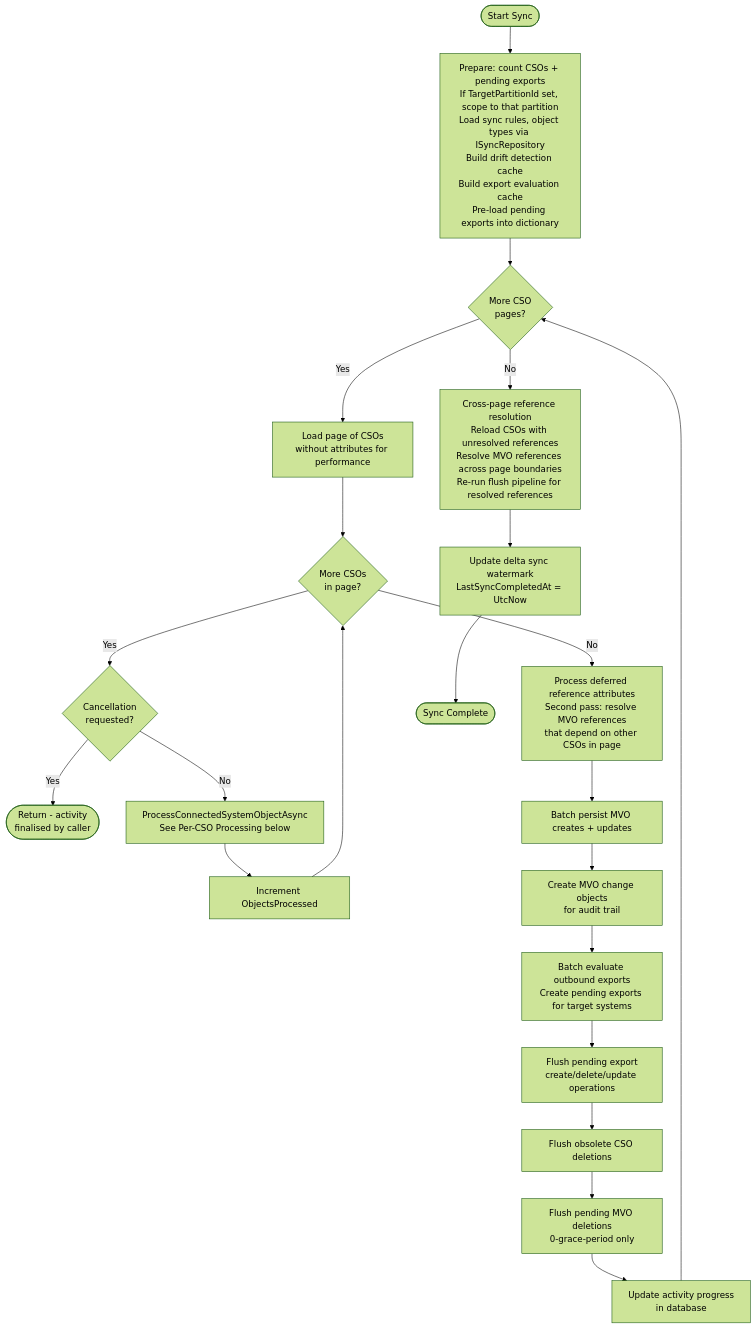
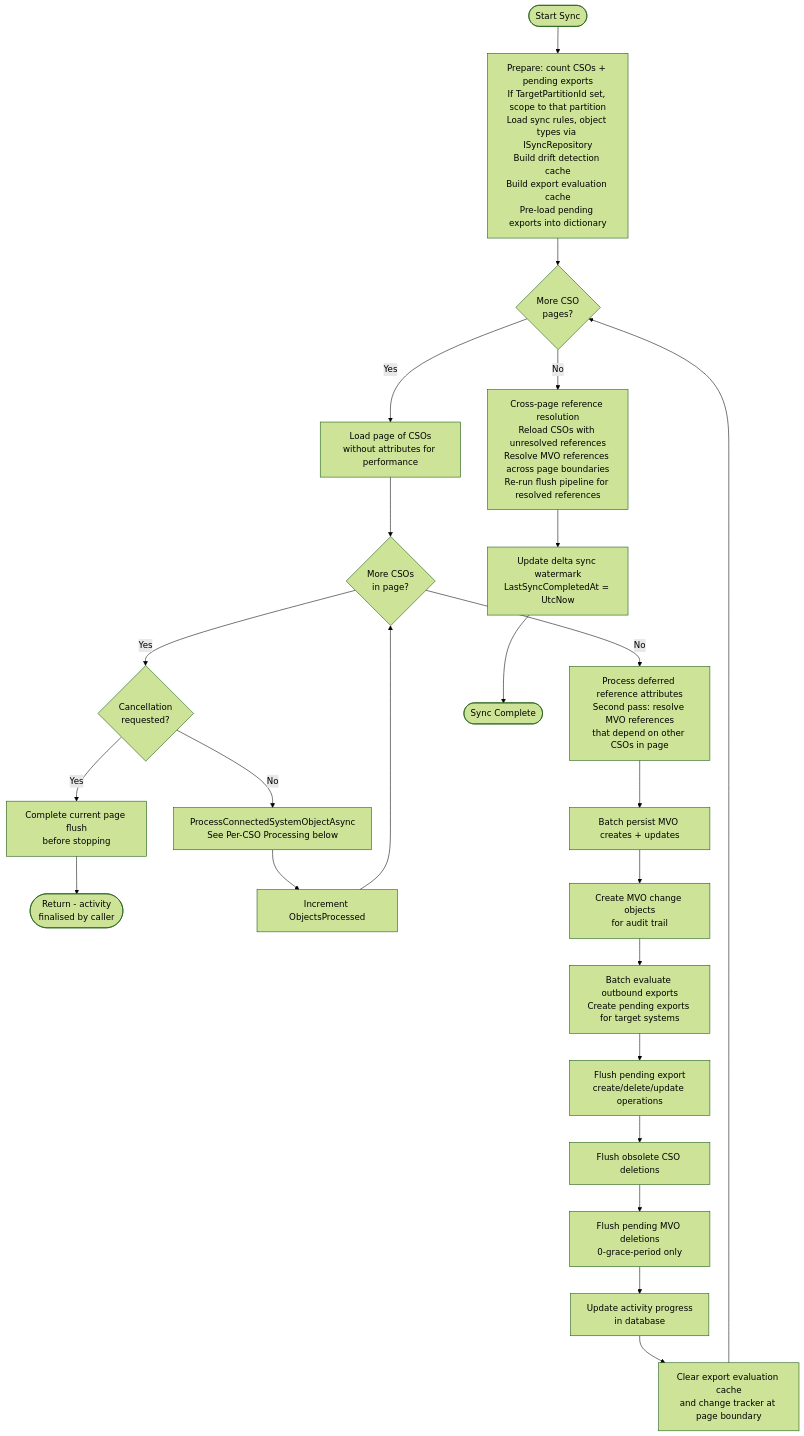
The first of 2 diagrams in docs/developer/diagrams/FULL_SYNC_CSO_PROCESSING.md (TetronIO/JIM), drawn with Mermaid (forest theme) before and after one commit. The commit also changed other lines of this file and 9 other files, not shown here.

````diff
--- a/docs/developer/diagrams/FULL_SYNC_CSO_PROCESSING.md
+++ b/docs/developer/diagrams/FULL_SYNC_CSO_PROCESSING.md
@@ -18,28 +18,30 @@
 ```mermaid
 flowchart TD
     Start([Start Sync]) --> Prepare[Prepare: count CSOs + pending exports<br/>If TargetPartitionId set, scope to that partition<br/>Load sync rules, object types via ISyncRepository<br/>Build drift detection cache<br/>Build export evaluation cache<br/>Pre-load pending exports into dictionary]
     Prepare --> PageLoop{More CSO<br/>pages?}
 
     PageLoop -->|Yes| LoadPage[Load page of CSOs<br/>without attributes for performance]
     LoadPage --> CsoLoop{More CSOs<br/>in page?}
 
     CsoLoop -->|Yes| CheckCancel{Cancellation<br/>requested?}
-    CheckCancel -->|Yes| Return([Return - activity<br/>finalised by caller])
+    CheckCancel -->|Yes| FlushBeforeCancel[Complete current page flush<br/>before stopping]
+    FlushBeforeCancel --> Return([Return - activity<br/>finalised by caller])
     CheckCancel -->|No| ProcessCso[ProcessConnectedSystemObjectAsync<br/>See Per-CSO Processing below]
     ProcessCso --> IncrProgress[Increment ObjectsProcessed]
     IncrProgress --> CsoLoop
 
     CsoLoop -->|No| DeferredRef[Process deferred reference attributes<br/>Second pass: resolve MVO references<br/>that depend on other CSOs in page]
     DeferredRef --> PersistMvo[Batch persist MVO creates + updates]
     PersistMvo --> MvoChanges[Create MVO change objects<br/>for audit trail]
     MvoChanges --> EvalExports[Batch evaluate outbound exports<br/>Create pending exports for target systems]
     EvalExports --> FlushPE[Flush pending export<br/>create/delete/update operations]
     FlushPE --> FlushCSO[Flush obsolete CSO deletions]
     FlushCSO --> FlushMVO[Flush pending MVO deletions<br/>0-grace-period only]
     FlushMVO --> UpdateProgress[Update activity progress<br/>in database]
-    UpdateProgress --> PageLoop
+    UpdateProgress --> ClearCache[Clear export evaluation cache<br/>and change tracker at page boundary]
+    ClearCache --> PageLoop
 
     PageLoop -->|No| CrossPage[Cross-page reference resolution<br/>Reload CSOs with unresolved references<br/>Resolve MVO references across page boundaries<br/>Re-run flush pipeline for resolved references]
     CrossPage --> Watermark[Update delta sync watermark<br/>LastSyncCompletedAt = UtcNow]
     Watermark --> End([Sync Complete])
 ```
````
